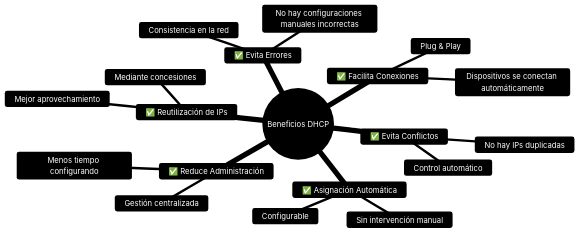
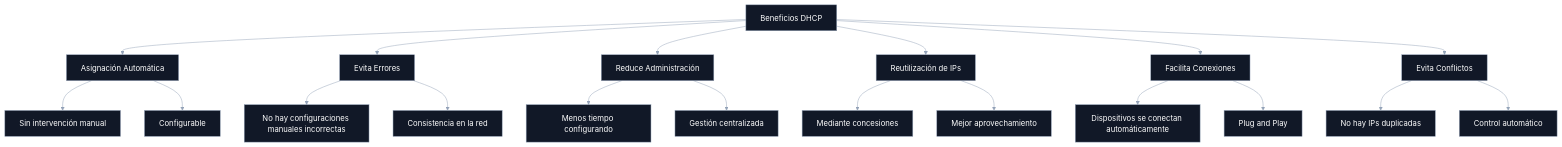
One commit to chacaejosue/UAGRM-Semestre-I-2026 changed the second of 11 diagrams in INF423-Redes-II/Apuntes/2026-03-24-Segunda-Clase.md. Above: the diagram before and after it, drawn with Mermaid. The commit also changed other lines of this file, not shown here.

Commit message:
Corregir texto negro en diagramas

````diff
--- a/INF423-Redes-II/Apuntes/2026-03-24-Segunda-Clase.md
+++ b/INF423-Redes-II/Apuntes/2026-03-24-Segunda-Clase.md
@@ -36,23 +36,56 @@
 ```mermaid
-%%{init: {"theme":"base","themeVariables":{"primaryColor":"#1f2937","primaryTextColor":"#ffffff","primaryBorderColor":"#94a3b8","lineColor":"#94a3b8","secondaryColor":"#111827","tertiaryColor":"#0b1220","textColor":"#ffffff"}}}%%
-mindmap
-  root((Beneficios DHCP))
-    ✅ Asignación Automática
-      Sin intervención manual
-      Configurable
-    ✅ Evita Errores
-      No hay configuraciones manuales incorrectas
-      Consistencia en la red
-    ✅ Reduce Administración
-      Menos tiempo configurando
-      Gestión centralizada
-    ✅ Reutilización de IPs
-      Mediante concesiones
-      Mejor aprovechamiento
-    ✅ Facilita Conexiones
-      Dispositivos se conectan automáticamente
-      Plug & Play
-    ✅ Evita Conflictos
-      No hay IPs duplicadas
-      Control automático
+%%{init: {"theme":"base","themeVariables":{"lineColor":"#94a3b8"}}}%%
+graph TD
+  R["Beneficios DHCP"]
+
+  A["Asignación Automática"]
+  A1["Sin intervención manual"]
+  A2["Configurable"]
+
+  B["Evita Errores"]
+  B1["No hay configuraciones manuales incorrectas"]
+  B2["Consistencia en la red"]
+
+  C["Reduce Administración"]
+  C1["Menos tiempo configurando"]
+  C2["Gestión centralizada"]
+
+  D["Reutilización de IPs"]
+  D1["Mediante concesiones"]
+  D2["Mejor aprovechamiento"]
+
+  E["Facilita Conexiones"]
+  E1["Dispositivos se conectan automáticamente"]
+  E2["Plug and Play"]
+
+  F["Evita Conflictos"]
+  F1["No hay IPs duplicadas"]
+  F2["Control automático"]
+
+  R --> A
+  A --> A1
+  A --> A2
+
+  R --> B
+  B --> B1
+  B --> B2
+
+  R --> C
+  C --> C1
+  C --> C2
+
+  R --> D
+  D --> D1
+  D --> D2
+
+  R --> E
+  E --> E1
+  E --> E2
+
+  R --> F
+  F --> F1
+  F --> F2
+
+  classDef allnodes fill:#111827,stroke:#94a3b8,color:#ffffff;
+  class R,A,A1,A2,B,B1,B2,C,C1,C2,D,D1,D2,E,E1,E2,F,F1,F2 allnodes;
 ```
````
